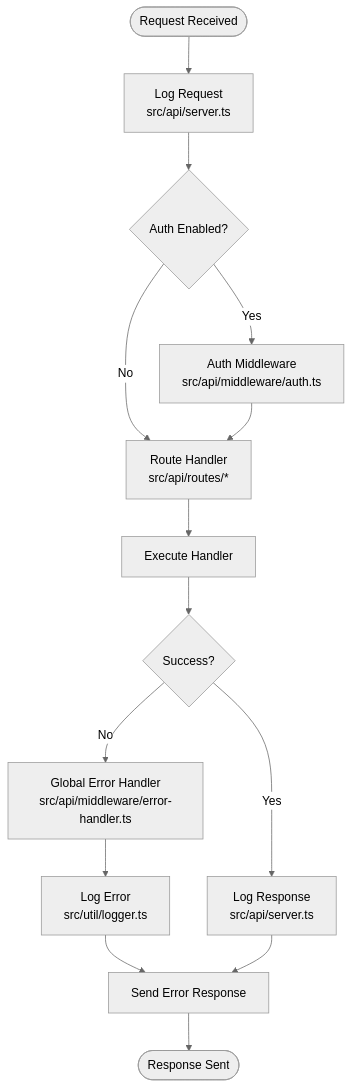
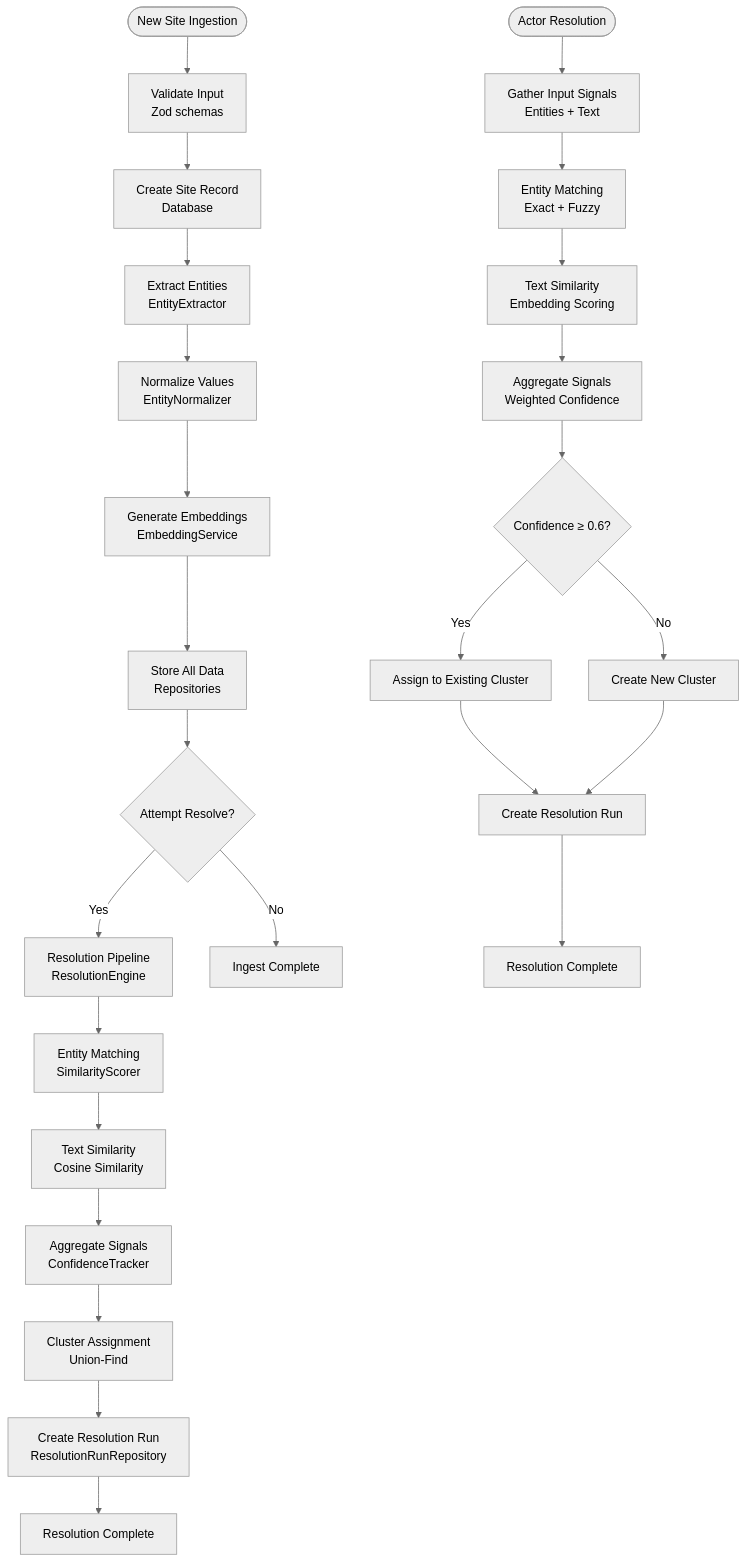
One commit to vishnusaibhosekar/ares changed the seventh of 9 diagrams in .qoder/repowiki/en/content/Architecture Overview.md. Above: the diagram before and after it, drawn with Mermaid (neutral theme). The commit also changed other lines of this file and 21 other files, not shown here.

````diff
--- a/.qoder/repowiki/en/content/Architecture Overview.md
+++ b/.qoder/repowiki/en/content/Architecture Overview.md
@@ -282,16 +522,28 @@
 ```mermaid
 flowchart TD
-Start(["Request Received"]) --> LogReq["Log Request<br/>src/api/server.ts"]
-LogReq --> AuthCheck{"Auth Enabled?"}
-AuthCheck --> |Yes| AuthMW["Auth Middleware<br/>src/api/middleware/auth.ts"]
-AuthCheck --> |No| RouteCall["Route Handler<br/>src/api/routes/*"]
-AuthMW --> RouteCall
-RouteCall --> TryExec["Execute Handler"]
-TryExec --> ExecOK{"Success?"}
-ExecOK --> |Yes| LogResp["Log Response<br/>src/api/server.ts"]
-ExecOK --> |No| ErrorHandler["Global Error Handler<br/>src/api/middleware/error-handler.ts"]
-ErrorHandler --> LogErr["Log Error<br/>src/util/logger.ts"]
-LogErr --> Respond["Send Error Response"]
-LogResp --> Respond
-Respond --> End(["Response Sent"])
+Start(["New Site Ingestion"]) --> Validate["Validate Input<br/>Zod schemas"]
+Validate --> CreateSite["Create Site Record<br/>Database"]
+CreateSite --> ExtractEntities["Extract Entities<br/>EntityExtractor"]
+ExtractEntities --> Normalize["Normalize Values<br/>EntityNormalizer"]
+Normalize --> GenerateEmbeddings["Generate Embeddings<br/>EmbeddingService"]
+GenerateEmbeddings --> StoreData["Store All Data<br/>Repositories"]
+StoreData --> OptionalResolve{"Attempt Resolve?"}
+OptionalResolve --> |Yes| Resolve["Resolution Pipeline<br/>ResolutionEngine"]
+OptionalResolve --> |No| End1["Ingest Complete"]
+Resolve --> EntityMatching["Entity Matching<br/>SimilarityScorer"]
+EntityMatching --> TextSimilarity["Text Similarity<br/>Cosine Similarity"]
+TextSimilarity --> AggregateSignals["Aggregate Signals<br/>ConfidenceTracker"]
+AggregateSignals --> ClusterAssignment["Cluster Assignment<br/>Union-Find"]
+ClusterAssignment --> CreateRun["Create Resolution Run<br/>ResolutionRunRepository"]
+CreateRun --> End2["Resolution Complete"]
+Start2(["Actor Resolution"]) --> GatherInputs["Gather Input Signals<br/>Entities + Text"]
+GatherInputs --> EntityMatching2["Entity Matching<br/>Exact + Fuzzy"]
+EntityMatching2 --> TextSimilarity2["Text Similarity<br/>Embedding Scoring"]
+TextSimilarity2 --> AggregateSignals2["Aggregate Signals<br/>Weighted Confidence"]
+AggregateSignals2 --> Decision{"Confidence ≥ 0.6?"}
+Decision --> |Yes| AssignCluster["Assign to Existing Cluster"]
+Decision --> |No| CreateNew["Create New Cluster"]
+AssignCluster --> CreateRun2["Create Resolution Run"]
+CreateNew --> CreateRun2
+CreateRun2 --> End3["Resolution Complete"]
 ```
````
